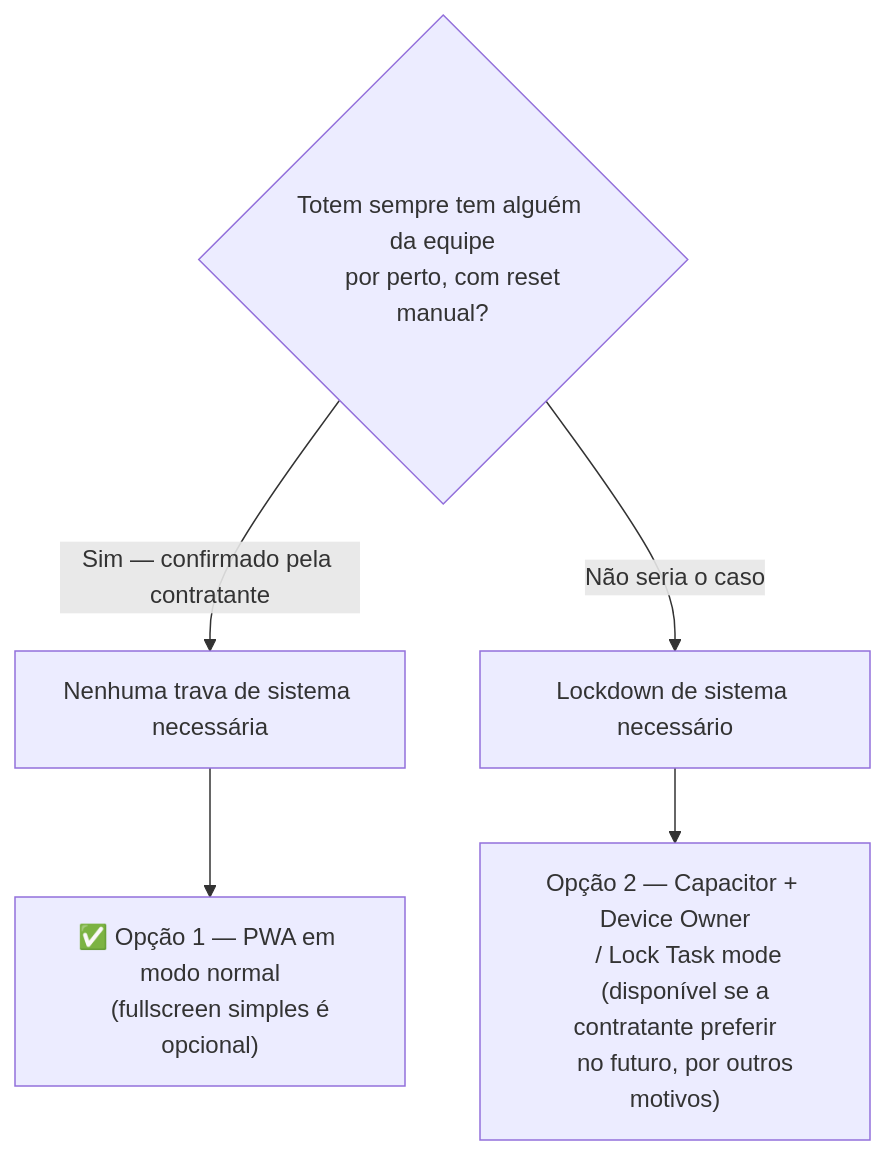
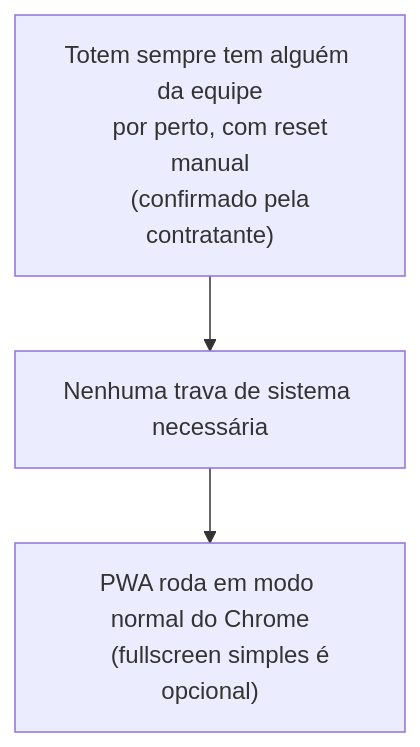
The diagram in Docs/docs/06-riscos-e-contingencia/index.md (LauraRodrigues31/Coaktion_leads), drawn with Mermaid before and after one commit. The commit also changed other lines of this file and 5 other files, not shown here.

````diff
--- a/Docs/docs/06-riscos-e-contingencia/index.md
+++ b/Docs/docs/06-riscos-e-contingencia/index.md
@@ -44,12 +41,8 @@
 ```mermaid
 flowchart TD
-    A{"Totem sempre tem alguém da equipe
-    por perto, com reset manual?"} -->|"Sim — confirmado pela contratante"| B["Nenhuma trava de sistema necessária"]
-    B --> C["✅ Opção 1 — PWA em modo normal
+    A["Totem sempre tem alguém da equipe
+    por perto, com reset manual
+    (confirmado pela contratante)"] --> B["Nenhuma trava de sistema necessária"]
+    B --> C["PWA roda em modo normal do Chrome
     (fullscreen simples é opcional)"]
-    A -->|"Não seria o caso"| D["Lockdown de sistema necessário"]
-    D --> E["Opção 2 — Capacitor + Device Owner
-    / Lock Task mode
-    (disponível se a contratante preferir
-    no futuro, por outros motivos)"]
 ```
````
